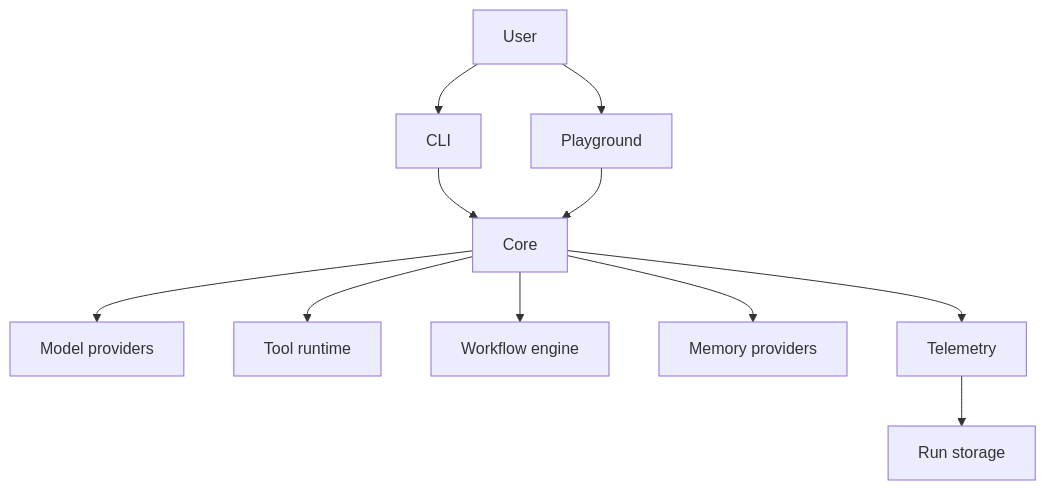
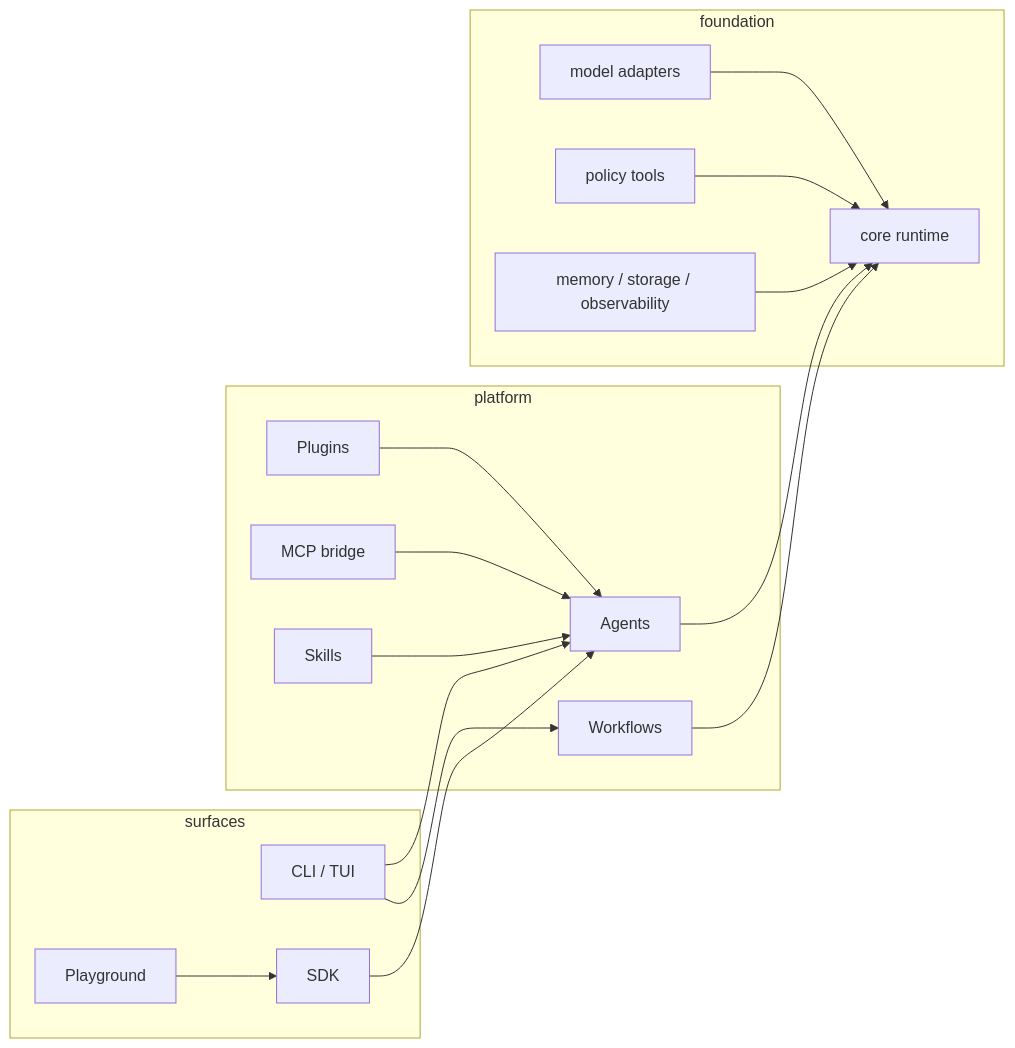
One commit to v01dst/agentforge changed the diagram in README.md. Above: the diagram before and after it, drawn with Mermaid. The commit also changed other lines of this file and 12 other files, not shown here.

````diff
--- a/README.md
+++ b/README.md
@@ -25,13 +201,27 @@
 ```mermaid
-graph TD
-  User --> CLI
-  User --> Playground
-  CLI --> Core
-  Playground --> Core
-  Core --> Models[Model providers]
-  Core --> Tools[Tool runtime]
-  Core --> Workflows[Workflow engine]
-  Core --> Memory[Memory providers]
-  Core --> Observability[Telemetry]
-  Observability --> Storage[Run storage]
+flowchart LR
+    subgraph surfaces
+        CLI[CLI / TUI]
+        PG[Playground]
+        SDK[SDK]
+    end
+    subgraph platform
+        AG[Agents]
+        WF[Workflows]
+        PL[Plugins]
+        MCP[MCP bridge]
+        SK[Skills]
+    end
+    subgraph foundation
+        CORE[core runtime]
+        MODELS[model adapters]
+        TOOLS[policy tools]
+        MEM[memory / storage / observability]
+    end
+    CLI --> AG & WF
+    PG --> SDK
+    SDK --> AG
+    PL & MCP & SK --> AG
+    AG & WF --> CORE
+    MODELS & TOOLS & MEM --> CORE
 ```
````
